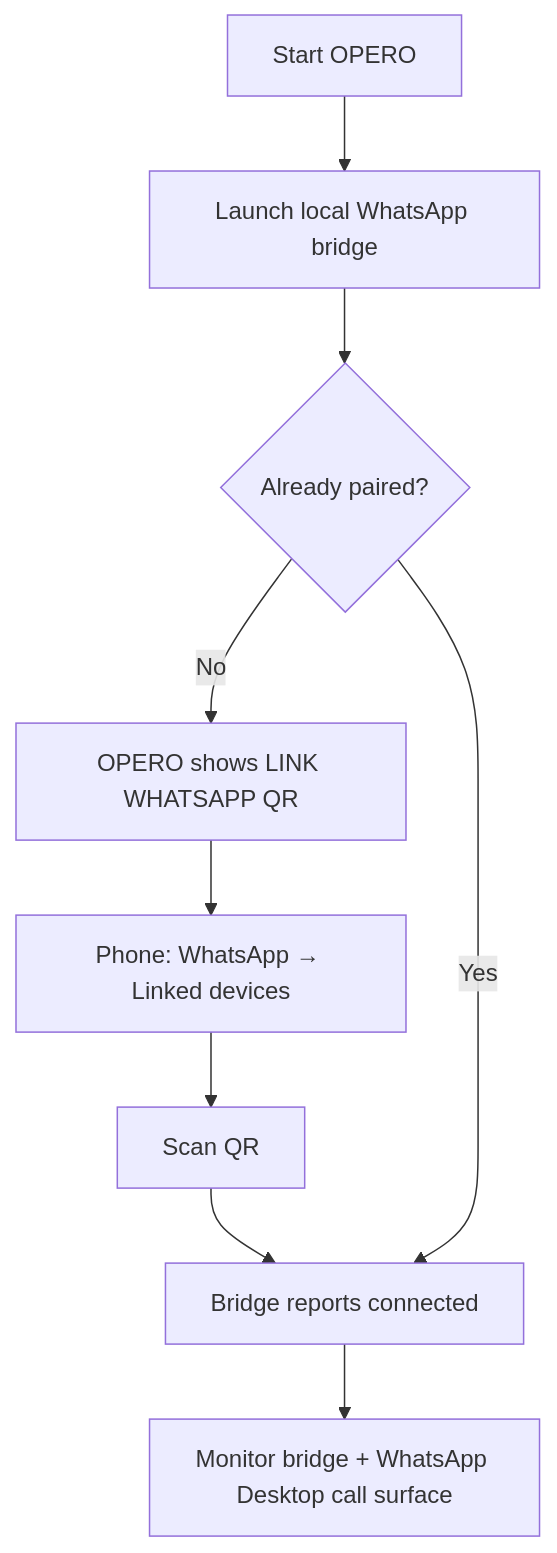
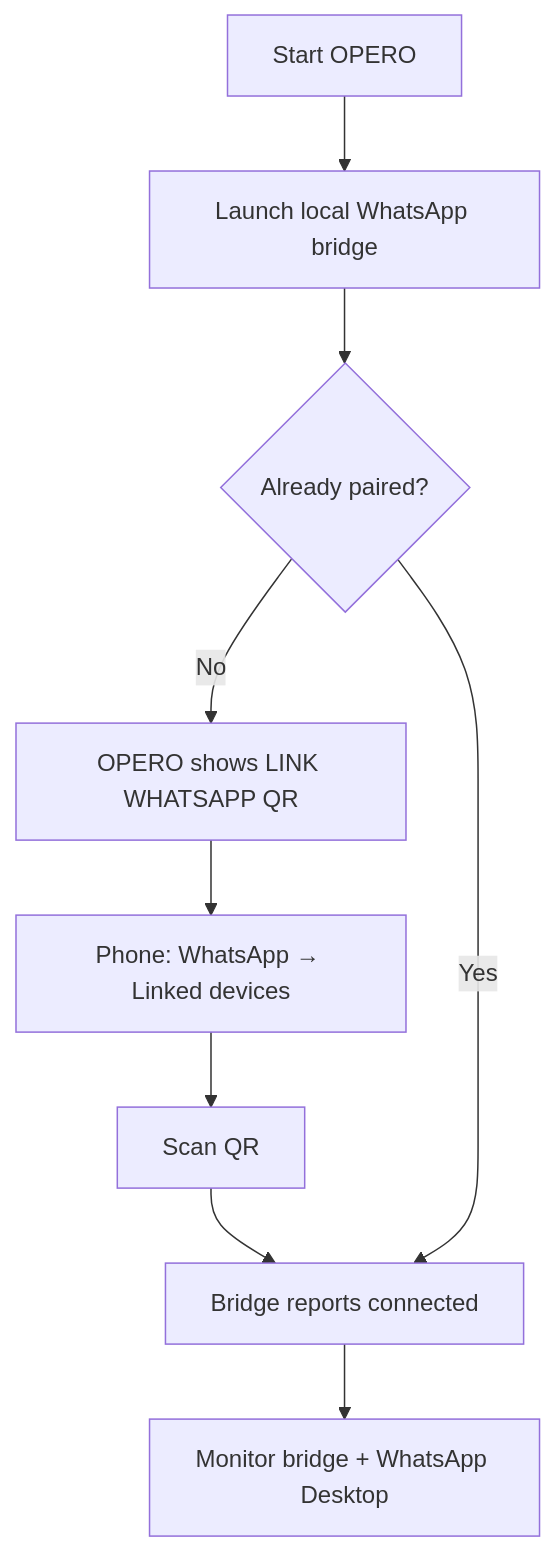
The third of 4 diagrams in README.md (channallikrishnasai/The-Opero), drawn with Mermaid before and after one commit. The commit also changed other lines of this file and 69 other files, not shown here.

````diff
--- a/README.md
+++ b/README.md
@@ -188,11 +279,11 @@
 ```mermaid
 flowchart TD
     A[Start OPERO] --> B[Launch local WhatsApp bridge]
     B --> C{Already paired?}
     C -- No --> D[OPERO shows LINK WHATSAPP QR]
     D --> E[Phone: WhatsApp → Linked devices]
     E --> F[Scan QR]
     F --> G[Bridge reports connected]
     C -- Yes --> G
-    G --> H[Monitor bridge + WhatsApp Desktop call surface]
+    G --> H[Monitor bridge + WhatsApp Desktop]
 ```
````
